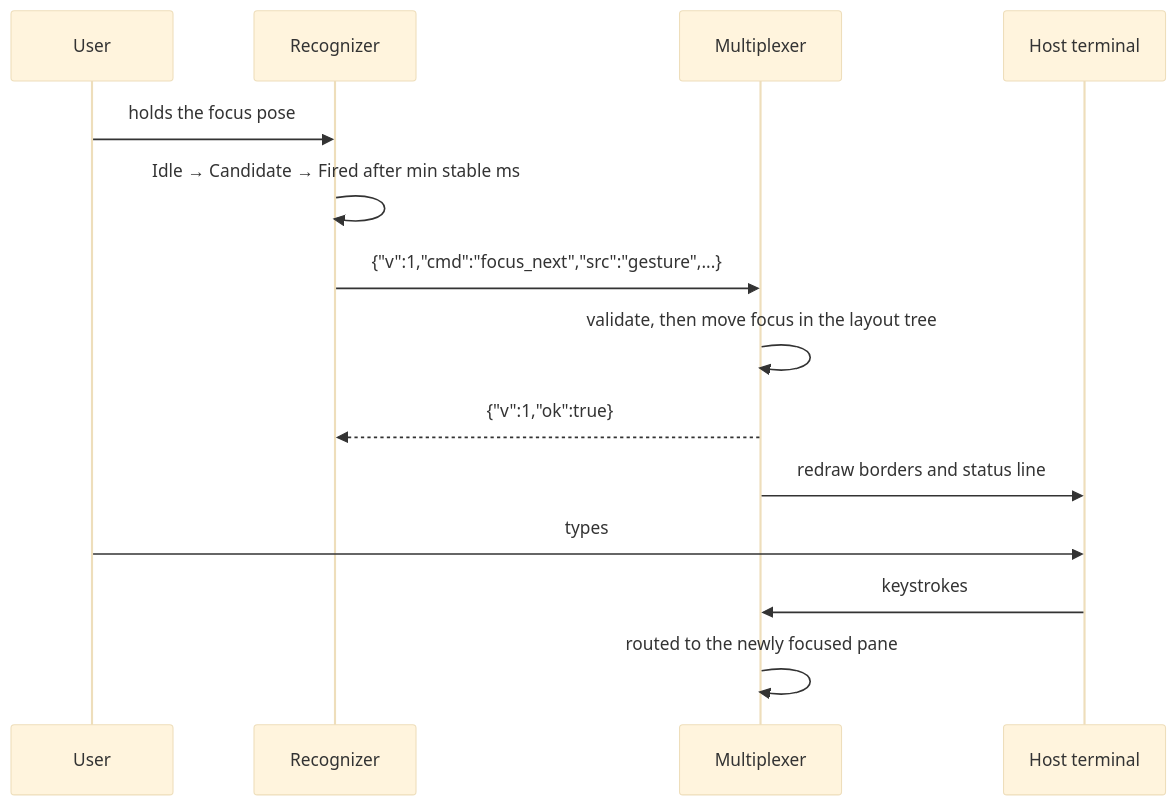
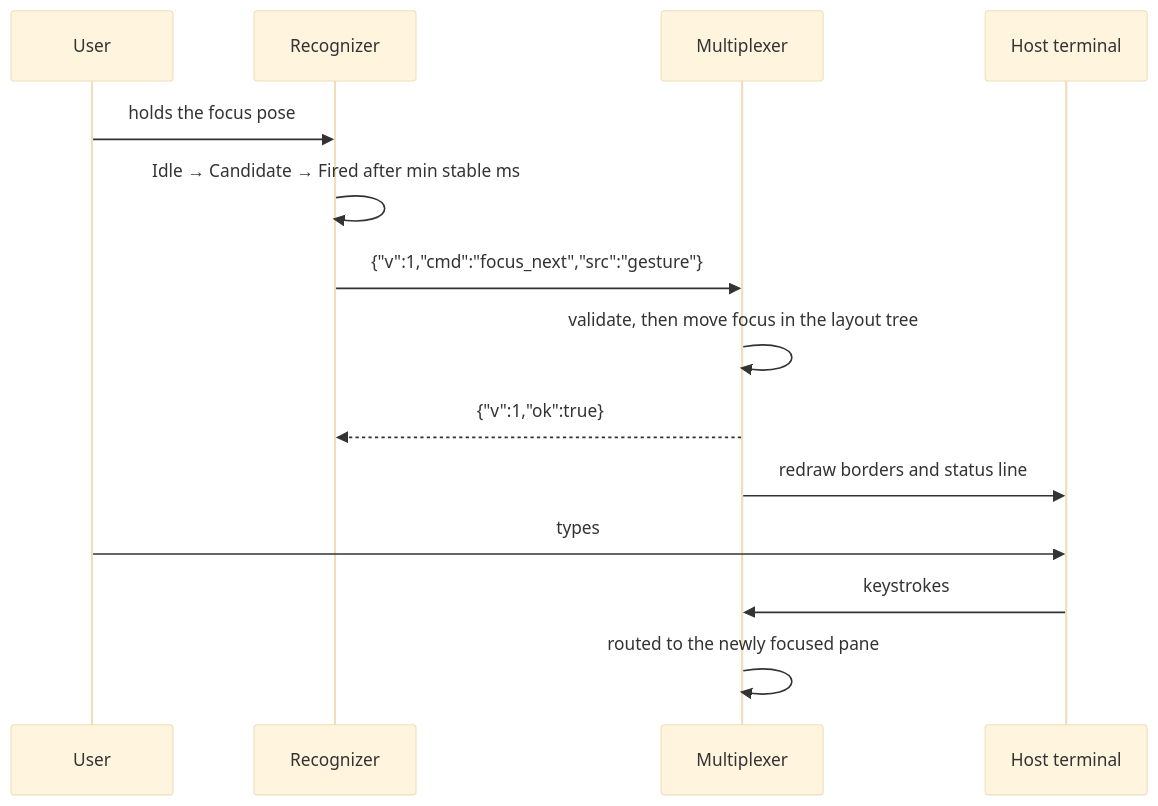
Before and after one commit to just1nlee/osu-capstone: the fourth of 4 diagrams in docs/design.md, drawn with Mermaid (base theme). The commit also changed other lines of this file and 7 other files, not shown here.

````diff
--- a/docs/design.md
+++ b/docs/design.md
@@ -140,16 +143,16 @@
 ```mermaid
 sequenceDiagram
     participant U as User
     participant R as Recognizer
     participant M as Multiplexer
     participant H as Host terminal
     U->>R: holds the focus pose
     R->>R: Idle → Candidate → Fired after min stable ms
-    R->>M: {"v":1,"cmd":"focus_next","src":"gesture",...}
+    R->>M: {"v":1,"cmd":"focus_next","src":"gesture"}
     M->>M: validate, then move focus in the layout tree
     M-->>R: {"v":1,"ok":true}
     M->>H: redraw borders and status line
     U->>H: types
     H->>M: keystrokes
     M->>M: routed to the newly focused pane
 ```
````
